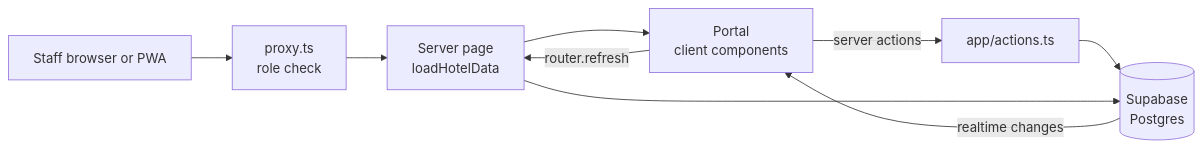
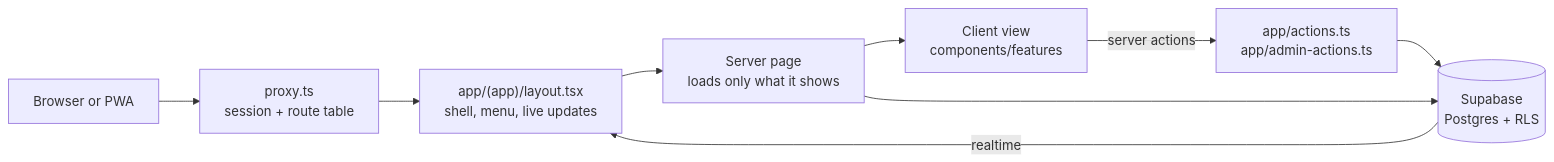
The first of 3 diagrams in README.md (Qirto/hotel-ses), drawn with Mermaid before and after one commit. The commit also changed other lines of this file and 110 other files, not shown here.

First line of the commit message:
Route by resource with one permissions table

````diff
--- a/README.md
+++ b/README.md
@@ -41,11 +58,11 @@
 ```mermaid
 flowchart LR
-  U[Staff browser or PWA] --> P[proxy.ts<br/>role check]
-  P --> S[Server page<br/>loadHotelData]
-  S --> C[Portal<br/>client components]
-  C -- server actions --> A[app/actions.ts]
-  A --> DB[(Supabase<br/>Postgres)]
+  U[Browser or PWA] --> P[proxy.ts<br/>session + route table]
+  P --> L["app/(app)/layout.tsx<br/>shell, menu, live updates"]
+  L --> S[Server page<br/>loads only what it shows]
+  S --> C[Client view<br/>components/features]
+  C -- server actions --> A[app/actions.ts<br/>app/admin-actions.ts]
+  A --> DB[(Supabase<br/>Postgres + RLS)]
   S --> DB
-  DB -- realtime changes --> C
-  C -- router.refresh --> S
+  DB -- realtime --> L
 ```
````
